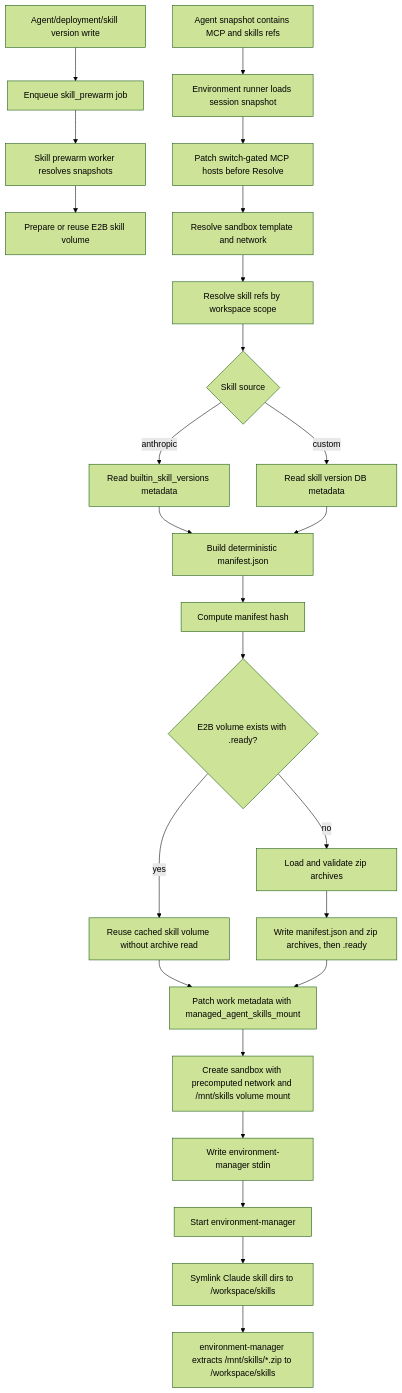
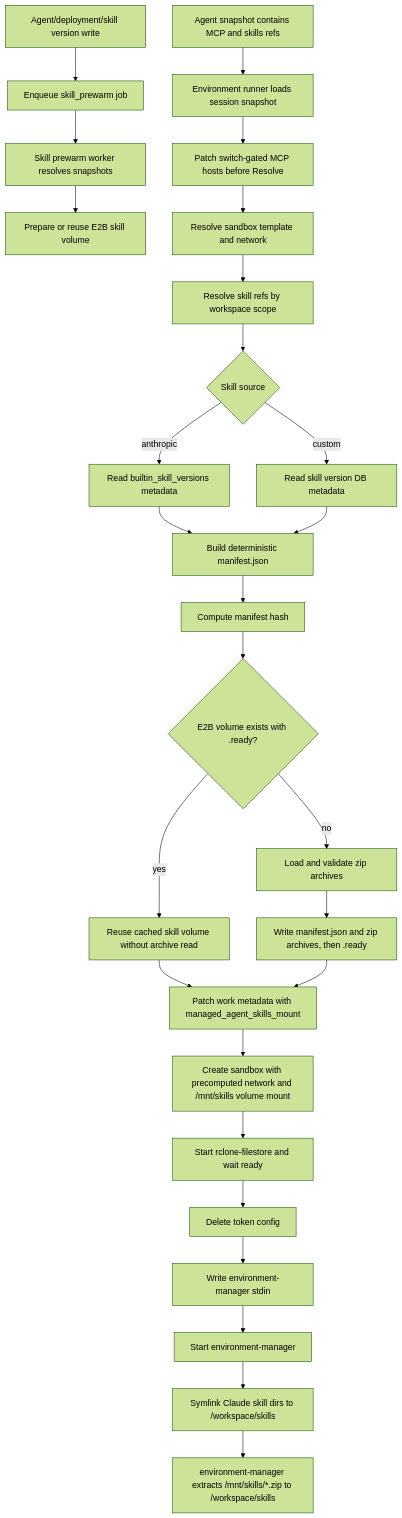
Before and after one commit to superduck-ai/open-managed-agents: the diagram in docs/design/be/managed-agent-skills-runtime.md, drawn with Mermaid (forest theme). The commit also changed other lines of this file and 70 other files, not shown here.

````diff
--- a/docs/design/be/managed-agent-skills-runtime.md
+++ b/docs/design/be/managed-agent-skills-runtime.md
@@ -44,27 +45,29 @@
 ```mermaid
 flowchart TD
   Z["Agent/deployment/skill version write"] --> ZA["Enqueue skill_prewarm job"]
   ZA --> ZB["Skill prewarm worker resolves snapshots"]
   ZB --> ZC["Prepare or reuse E2B skill volume"]
   A["Agent snapshot contains MCP and skills refs"] --> B["Environment runner loads session snapshot"]
   B --> BA["Patch switch-gated MCP hosts before Resolve"]
   BA --> AA["Resolve sandbox template and network"]
   AA --> C["Resolve skill refs by workspace scope"]
   C --> D{"Skill source"}
   D -->|"anthropic"| E["Read builtin_skill_versions metadata"]
   D -->|"custom"| F["Read skill version DB metadata"]
   E --> H["Build deterministic manifest.json"]
   F --> H
   H --> I["Compute manifest hash"]
   I --> J{"E2B volume exists with .ready?"}
   J -->|"yes"| K["Reuse cached skill volume without archive read"]
   J -->|"no"| L["Load and validate zip archives"]
   L --> LA["Write manifest.json and zip archives, then .ready"]
   K --> M["Patch work metadata with managed_agent_skills_mount"]
   LA --> M
   M --> N["Create sandbox with precomputed network and /mnt/skills volume mount"]
-  N --> O["Write environment-manager stdin"]
+  N --> NA["Start rclone-filestore and wait ready"]
+  NA --> NB["Delete token config"]
+  NB --> O["Write environment-manager stdin"]
   O --> P["Start environment-manager"]
   P --> Q["Symlink Claude skill dirs to /workspace/skills"]
   Q --> R["environment-manager extracts /mnt/skills/*.zip to /workspace/skills"]
 ```
````
